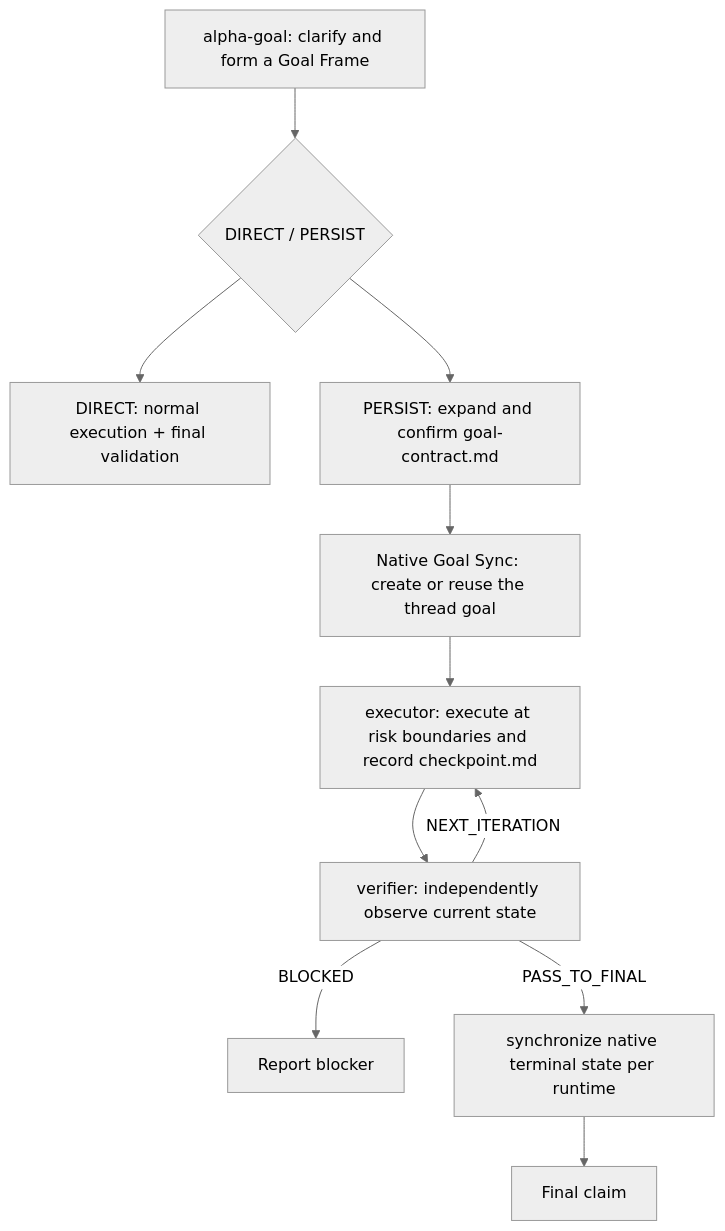
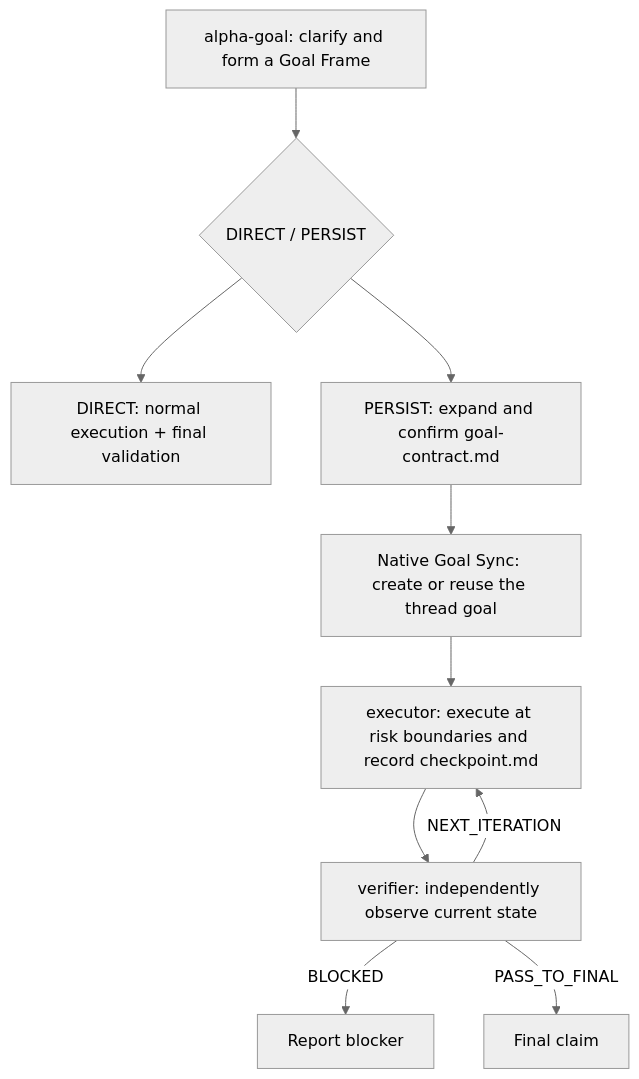
The diagram in README.en.md (azhonglee/alpha-goal), drawn with Mermaid (neutral theme) before and after one commit. The commit also changed other lines of this file and 5 other files, not shown here.

````diff
--- a/README.en.md
+++ b/README.en.md
@@ -42,13 +42,12 @@
 ```mermaid
 flowchart TD
   A["alpha-goal: clarify and form a Goal Frame"] --> R{"DIRECT / PERSIST"}
   R --> D["DIRECT: normal execution + final validation"]
   R --> P["PERSIST: expand and confirm goal-contract.md"]
   P --> S["Native Goal Sync: create or reuse the thread goal"]
   S --> E["executor: execute at risk boundaries and record checkpoint.md"]
   E --> V["verifier: independently observe current state"]
   V -->|"NEXT_ITERATION"| E
   V -->|"BLOCKED"| B["Report blocker"]
-  V -->|"PASS_TO_FINAL"| C["synchronize native terminal state per runtime"]
-  C --> F["Final claim"]
+  V -->|"PASS_TO_FINAL"| F["Final claim"]
 ```
````
